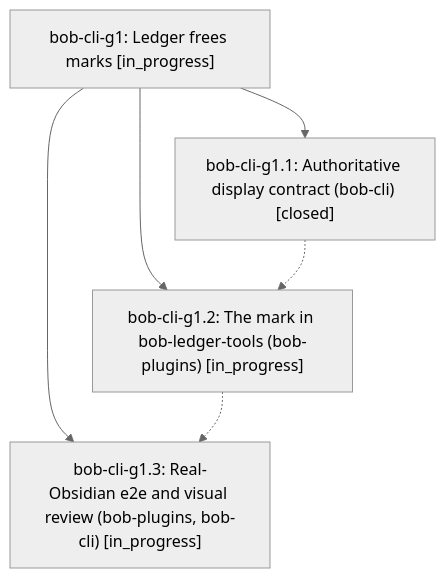
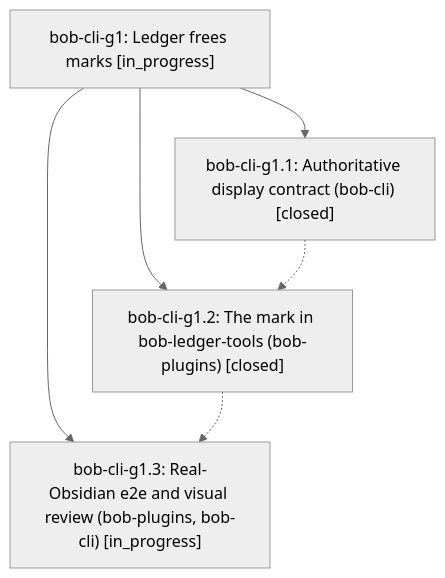
The diagram in pages/bob-cli-g1/README.md (bobs-org/bob-cli--beads), drawn with Mermaid (neutral theme) before and after one commit. The commit also changed other lines of this file and 3 other files, not shown here.

First line of the commit message:
chore(beads): sync bead state and pages for bob-cli-g1

````diff
--- a/pages/bob-cli-g1/README.md
+++ b/pages/bob-cli-g1/README.md
@@ -36,12 +38,12 @@
 ```mermaid
 flowchart TD
     n0["bob-cli-g1: Ledger frees marks [in_progress]"]
     n1["bob-cli-g1.1: Authoritative display contract (bob-cli) [closed]"]
-    n2["bob-cli-g1.2: The mark in bob-ledger-tools (bob-plugins) [in_progress]"]
+    n2["bob-cli-g1.2: The mark in bob-ledger-tools (bob-plugins) [closed]"]
     n3["bob-cli-g1.3: Real-Obsidian e2e and visual review (bob-plugins, bob-cli) [in_progress]"]
     n0 --> n1
     n0 --> n2
     n0 --> n3
     n1 -.-> n2
     n2 -.-> n3
 ```
````
